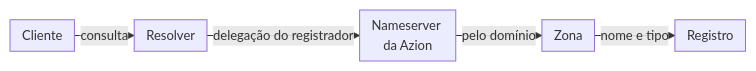
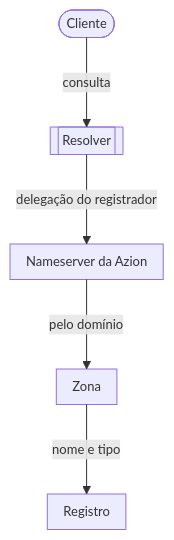
One commit to aziontech/docs changed the first of 6 diagrams in apps/docs/src/content/docs/pt-br/pages/secure/edge-dns/how-it-works.mdx. Above: the diagram before and after it, drawn with Mermaid. The commit also changed other lines of this file and 179 other files, not shown here.

Commit message:
docs(diagrams): redraw every other diagram in the use-case diagram style (#2513)

````diff
--- a/apps/docs/src/content/docs/pt-br/pages/secure/edge-dns/how-it-works.mdx
+++ b/apps/docs/src/content/docs/pt-br/pages/secure/edge-dns/how-it-works.mdx
@@ -26,8 +26,8 @@
 ```mermaid
-%%{init: {"layout": "dagre", "themeVariables": {"fontSize": "13px"}, "flowchart": {"nodeSpacing": 12, "rankSpacing": 12, "padding": 6, "wrappingWidth": 70, "minNodeWidth": 40, "useMaxWidth": true}}}%%
-flowchart LR
-  Cli["Cliente"] -->|"consulta"| Res["Resolver"]
+%%{init: {"layout": "elk", "themeVariables": {"fontSize": "13px"}, "flowchart": {"nodeSpacing": 24, "rankSpacing": 36, "padding": 8, "wrappingWidth": 150, "useMaxWidth": true}, "sequence": {"width": 120, "actorMargin": 30, "useMaxWidth": true}}}%%
+flowchart TD
+  Cli(["Cliente"]) -->|"consulta"| Res[["Resolver"]]
   Res -->|"delegação do registrador"| Ns["Nameserver da Azion"]
   Ns -->|"pelo domínio"| Zone["Zona"]
   Zone -->|"nome e tipo"| Rec["Registro"]
 ```
````
